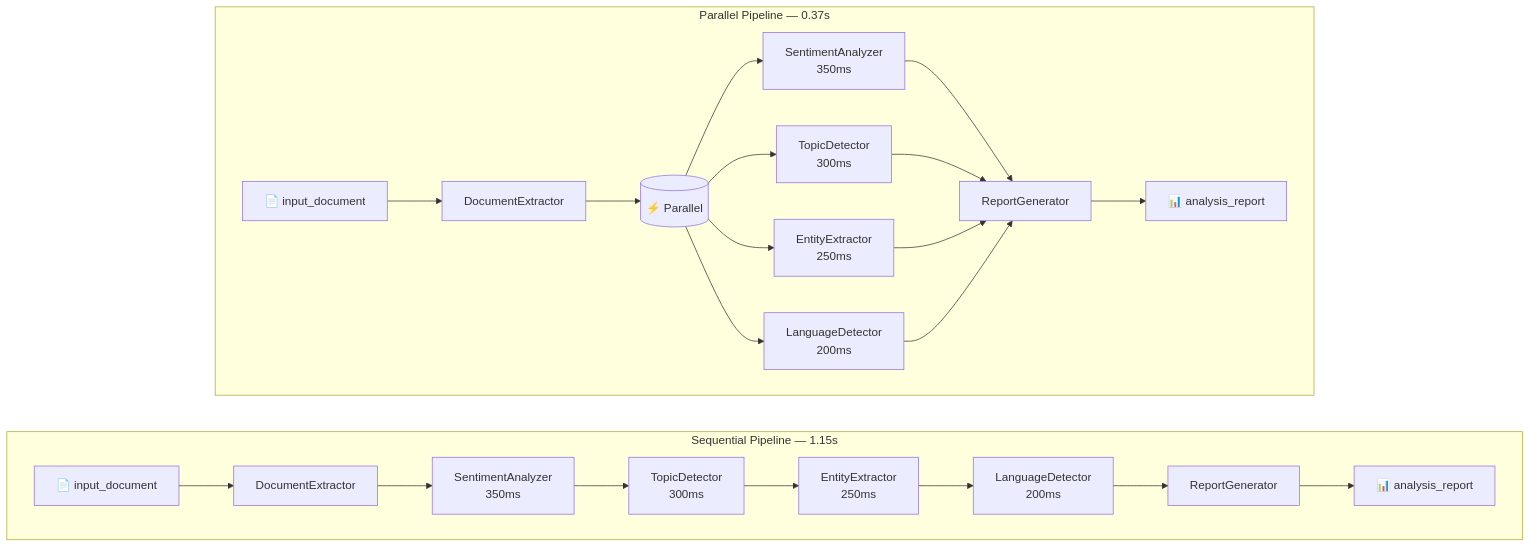
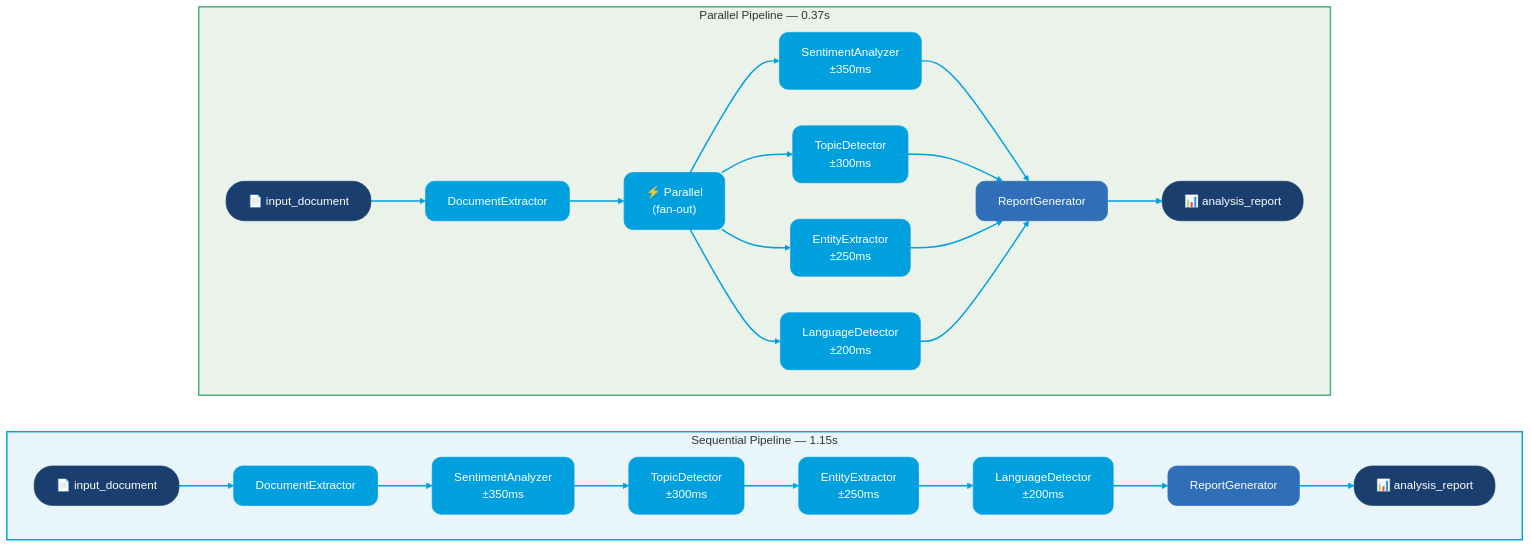
Before and after one commit to gdplabs/gen-ai-sdk-cookbook: the diagram in gen-ai/how-to-guides/build_end_to_end_rag_pipeline/009_parallel_pipeline_processing/README.md, drawn with Mermaid. The commit also changed 3 other files, not shown here.

````diff
--- a/gen-ai/how-to-guides/build_end_to_end_rag_pipeline/009_parallel_pipeline_processing/README.md
+++ b/gen-ai/how-to-guides/build_end_to_end_rag_pipeline/009_parallel_pipeline_processing/README.md
@@ -23,25 +23,51 @@
 ```mermaid
 flowchart LR
+
+    %% =====================
+    %% GROUP BOXES
+    %% =====================
     subgraph S["Sequential Pipeline — 1.15s"]
         direction LR
         S_IN["📄 input_document"] --> S_EX["DocumentExtractor"]
-        S_EX --> S_SE["SentimentAnalyzer<br/>350ms"]
-        S_SE --> S_TO["TopicDetector<br/>300ms"]
-        S_TO --> S_EN["EntityExtractor<br/>250ms"]
-        S_EN --> S_LA["LanguageDetector<br/>200ms"]
+        S_EX --> S_SE["SentimentAnalyzer<br/>±350ms"]
+        S_SE --> S_TO["TopicDetector<br/>±300ms"]
+        S_TO --> S_EN["EntityExtractor<br/>±250ms"]
+        S_EN --> S_LA["LanguageDetector<br/>±200ms"]
         S_LA --> S_RE["ReportGenerator"]
         S_RE --> S_OUT["📊 analysis_report"]
     end
 
     subgraph P["Parallel Pipeline — 0.37s"]
         direction LR
         P_IN["📄 input_document"] --> P_EX["DocumentExtractor"]
-        P_EX --> P_BR[("⚡ Parallel")]
-        P_BR --> P_SE["SentimentAnalyzer<br/>350ms"]
-        P_BR --> P_TO["TopicDetector<br/>300ms"]
-        P_BR --> P_EN["EntityExtractor<br/>250ms"]
-        P_BR --> P_LA["LanguageDetector<br/>200ms"]
+        P_EX --> P_BR["⚡ Parallel<br/>(fan-out)"]
+        P_BR --> P_SE["SentimentAnalyzer<br/>±350ms"]
+        P_BR --> P_TO["TopicDetector<br/>±300ms"]
+        P_BR --> P_EN["EntityExtractor<br/>±250ms"]
+        P_BR --> P_LA["LanguageDetector<br/>±200ms"]
         P_SE & P_TO & P_EN & P_LA --> P_RE["ReportGenerator"]
         P_RE --> P_OUT["📊 analysis_report"]
     end
+
+    %% =====================
+    %% GROUP STYLES
+    %% =====================
+    style S fill:#E8F5FB,stroke:#00A0DF,stroke-width:2px
+    style P fill:#EAF2EA,stroke:#4CAF7D,stroke-width:2px
+
+    %% =====================
+    %% NODE SEMANTICS
+    %% =====================
+    classDef default fill:#00A0DF,color:#FFFFFF,stroke:#00A0DF,rx:12,ry:12;
+    classDef terminal fill:#1A3F6F,color:#FFFFFF,stroke:#1A3F6F,rx:25,ry:25;
+    classDef emphasis fill:#306FB7,color:#FFFFFF,stroke:#306FB7,rx:12,ry:12;
+
+    %% =====================
+    %% APPLY CLASSES
+    %% =====================
+    class S_IN,P_IN,S_OUT,P_OUT terminal;
+    class S_RE,P_RE emphasis;
+
+    %% Connector styling
+    linkStyle default stroke:#00A0DF,stroke-width:2px;
 ```
````
